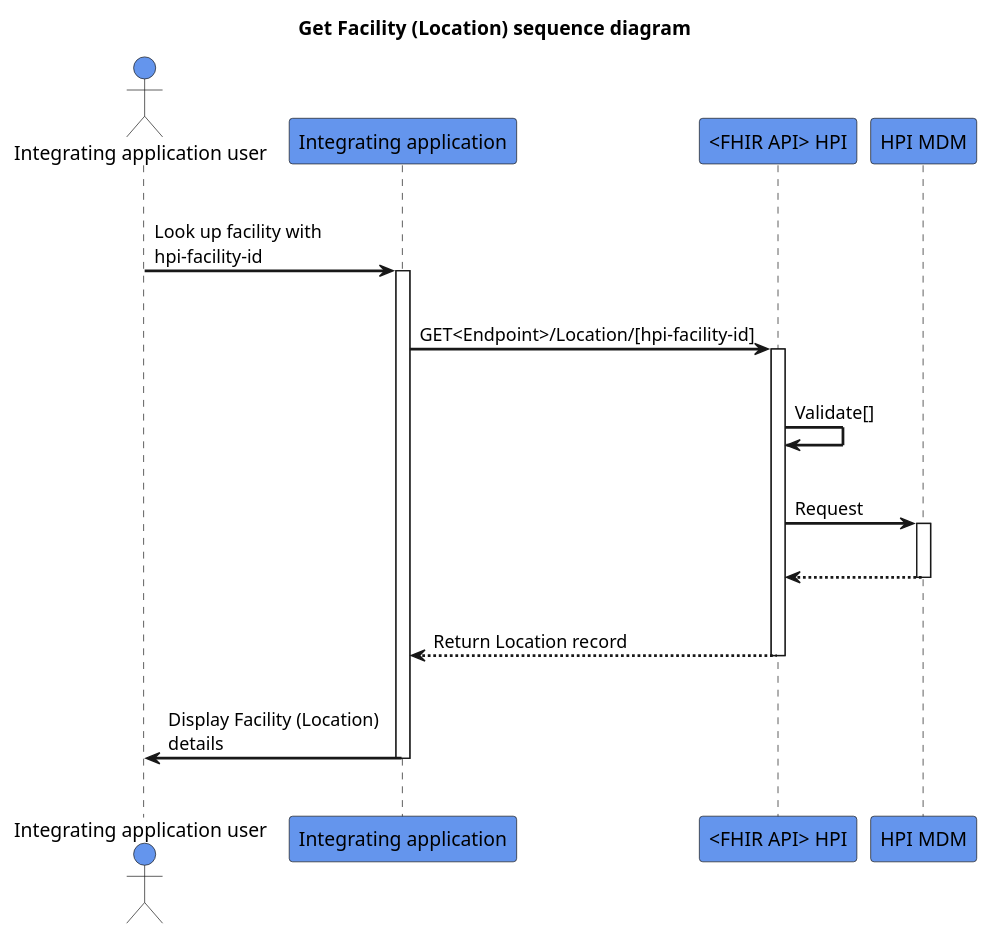
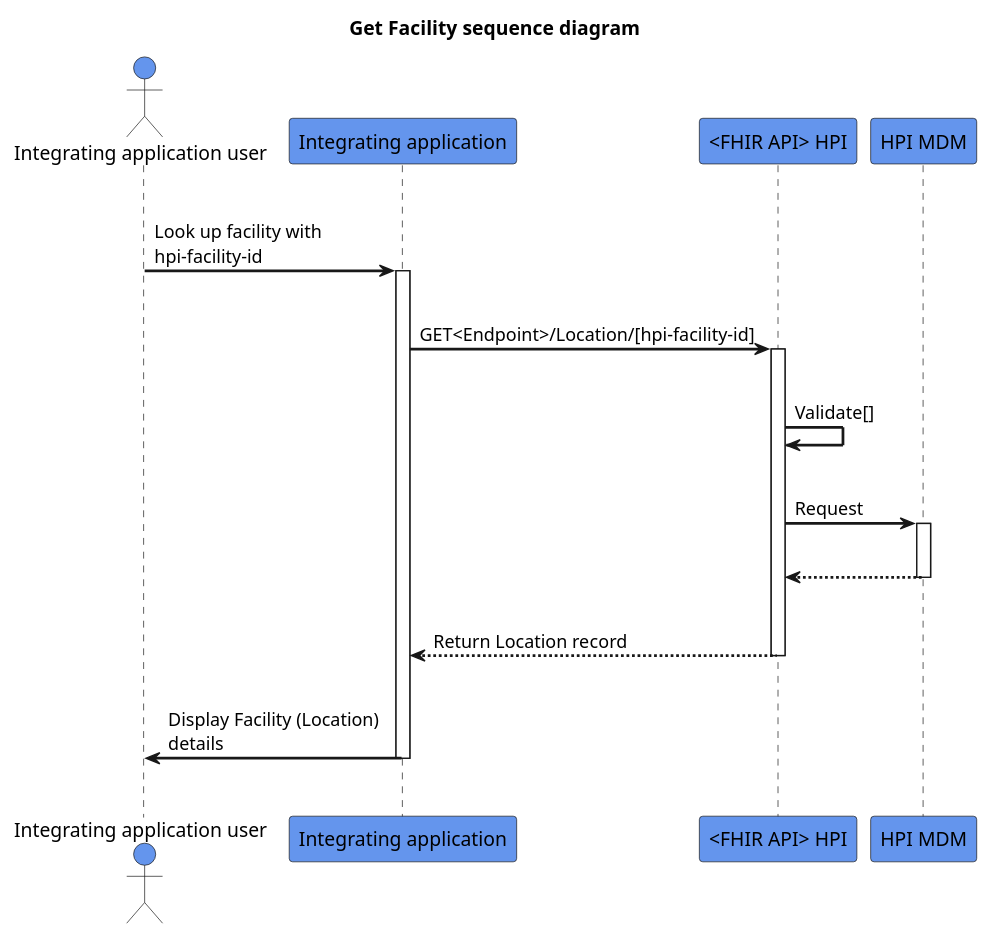
One commit to HL7NZ/hpi changed the diagram in input/images-source/get-location.plantuml. Above: the diagram before and after it, drawn with PlantUML.

```diff
--- a/input/images-source/get-location.plantuml
+++ b/input/images-source/get-location.plantuml
@@ -1,33 +1,33 @@
 @startuml
 skinparam sequenceArrowThickness 2
 skinparam roundcorner 5
 skinparam maxmessagesize 180
 skinparam sequenceParticipant bold
-title Get Facility (Location) sequence diagram
+title Get Facility sequence diagram
 actor "Integrating application user" as User #CornflowerBlue
 participant "Integrating application" as A #CornflowerBlue
 participant "<FHIR API> HPI" as B #CornflowerBlue
 participant "HPI MDM" as C #CornflowerBlue
 |||
 User -> A: Look up facility with hpi-facility-id
 activate A
 |||
 A -> B: GET<Endpoint>/Location/[hpi-facility-id]
 activate B
 |||
 B -> B: Validate[]
 |||
 B -> C: Request
 activate C
 |||
 
 C -[dashed]-> B:  
 deactivate C
 |||
 B -[dashed]-> A:Return Location record
 deactivate B
 |||
 A -> User: Display Facility (Location) details
 deactivate A
 |||
 @enduml
```
